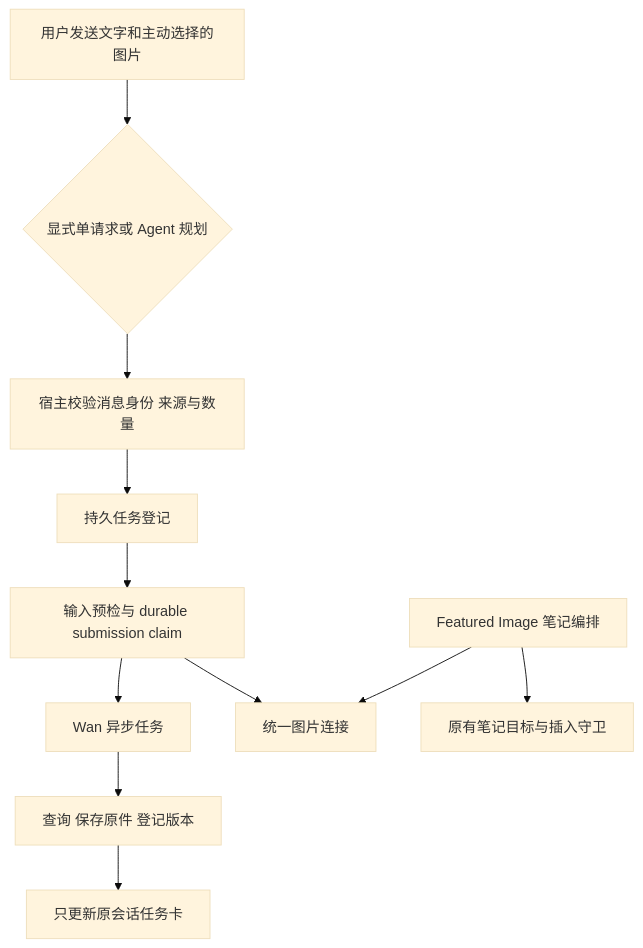
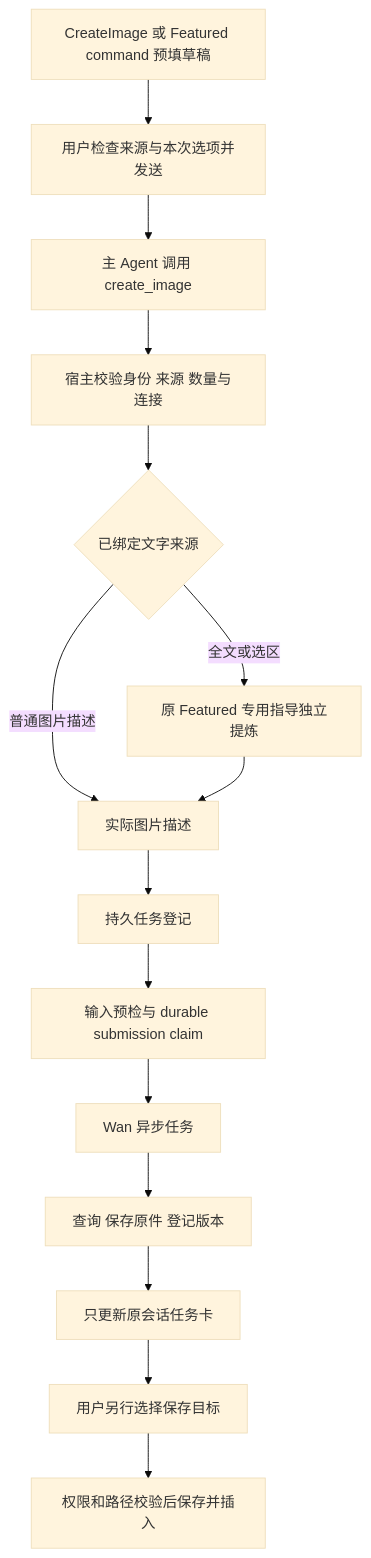
One commit to edonyzpc/personal-assistant changed the first of 2 diagrams in docs/architecture/chat-image-generation-architecture.md. Above: the diagram before and after it, drawn with Mermaid (base theme). The commit also changed other lines of this file and 4 other files, not shown here.

````diff
--- a/docs/architecture/chat-image-generation-architecture.md
+++ b/docs/architecture/chat-image-generation-architecture.md
@@ -33,13 +34,17 @@
 ```mermaid
 flowchart TD
-  A[用户发送文字和主动选择的图片] --> B{显式单请求或 Agent 规划}
-  B --> C[宿主校验消息身份 来源与数量]
-  C --> D[持久任务登记]
+  A[CreateImage 或 Featured command 预填草稿] --> B[用户检查来源与本次选项并发送]
+  B --> C[主 Agent 调用 create_image]
+  C --> V[宿主校验身份 来源 数量与连接]
+  V --> P{已绑定文字来源}
+  P -->|全文或选区| Q[原 Featured 专用指导独立提炼]
+  P -->|普通图片描述| R[实际图片描述]
+  Q --> R
+  R --> D[持久任务登记]
   D --> E[输入预检与 durable submission claim]
   E --> F[Wan 异步任务]
   F --> G[查询 保存原件 登记版本]
   G --> H[只更新原会话任务卡]
-  I[Featured Image 笔记编排] --> J[统一图片连接]
-  E --> J
-  I --> K[原有笔记目标与插入守卫]
+  H --> I[用户另行选择保存目标]
+  I --> J[权限和路径校验后保存并插入]
 ```
````
